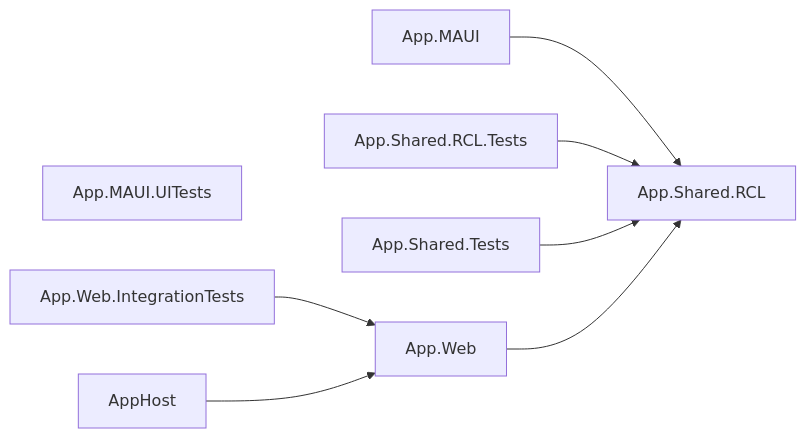
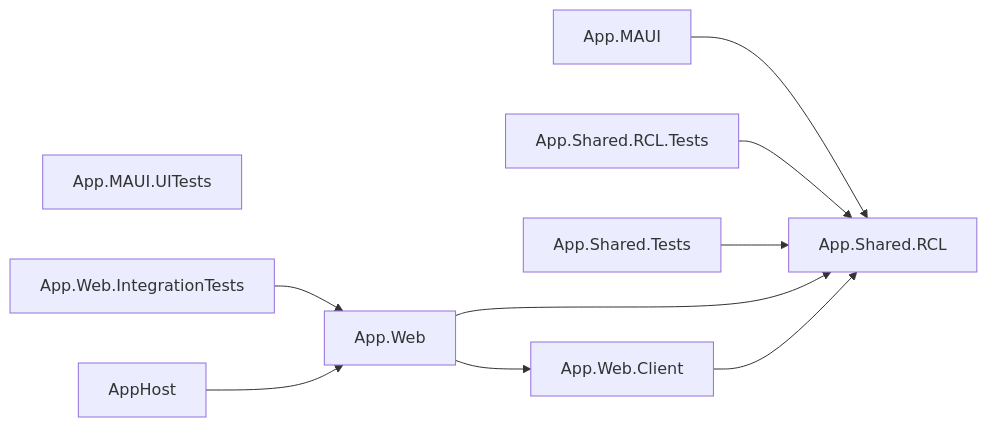
Before and after one commit to kadato/Habitinator: the diagram in docs/automation/solution-graph.mmd, drawn with Mermaid. The commit also changed 1 other file, not shown here.

Commit message:
docs(readme): update solution graph and streamline documentation

```diff
--- a/docs/automation/solution-graph.mmd
+++ b/docs/automation/solution-graph.mmd
@@ -1,16 +1,19 @@
 flowchart LR
 %% Auto-generated by tools/Habitinator.Diagrams (project reference graph)
   App_MAUI["App.MAUI"]
   App_MAUI_UITests["App.MAUI.UITests"]
   App_Shared_RCL["App.Shared.RCL"]
   App_Shared_RCL_Tests["App.Shared.RCL.Tests"]
   App_Shared_Tests["App.Shared.Tests"]
   App_Web["App.Web"]
+  App_Web_Client["App.Web.Client"]
   App_Web_IntegrationTests["App.Web.IntegrationTests"]
   AppHost["AppHost"]
   App_MAUI --> App_Shared_RCL
   App_Shared_RCL_Tests --> App_Shared_RCL
   App_Shared_Tests --> App_Shared_RCL
   App_Web --> App_Shared_RCL
+  App_Web --> App_Web_Client
+  App_Web_Client --> App_Shared_RCL
   App_Web_IntegrationTests --> App_Web
   AppHost --> App_Web
```
